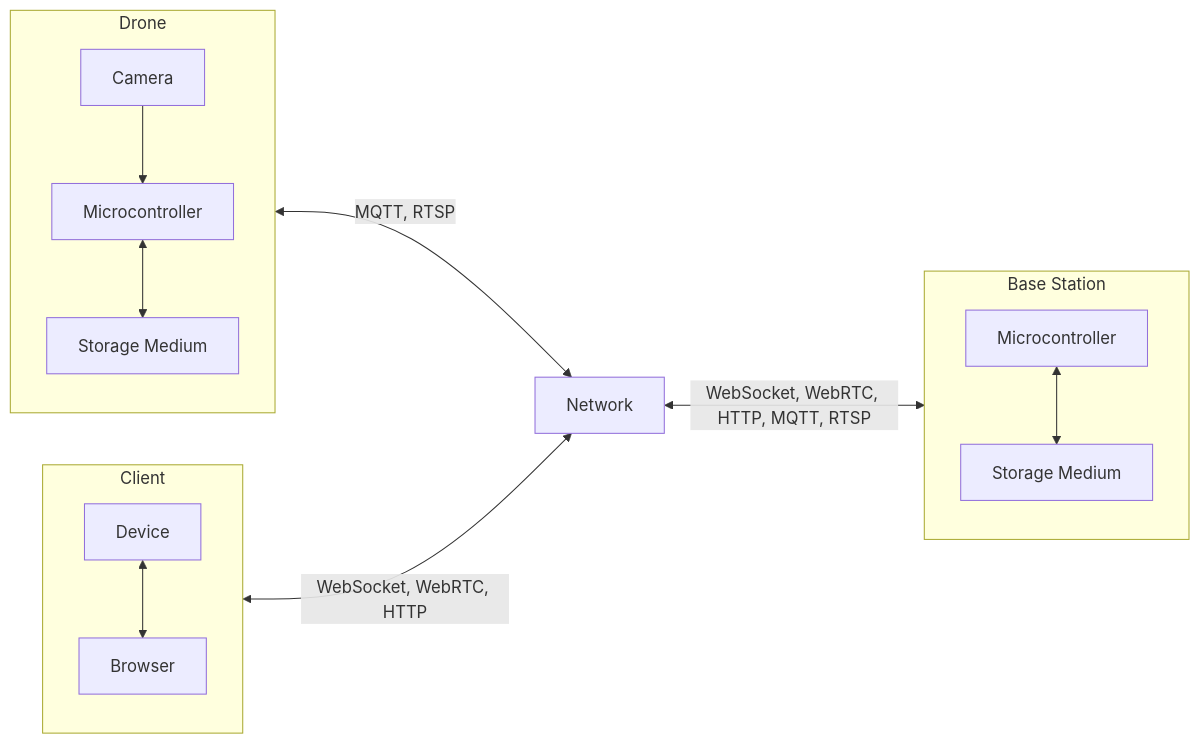
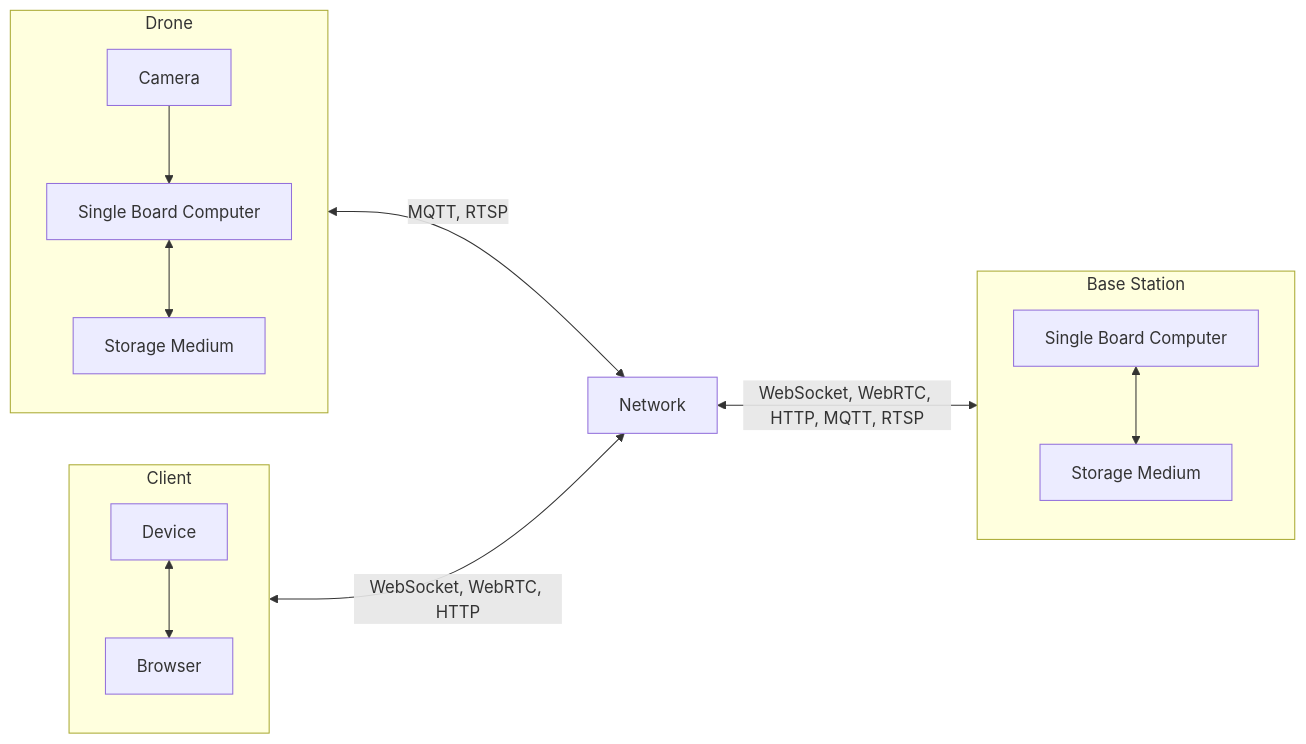
The diagram in PROJECT_PLAN.md (levinuncu/integrated), drawn with Mermaid before and after one commit. The commit also changed other lines of this file, not shown here.

````diff
--- a/PROJECT_PLAN.md
+++ b/PROJECT_PLAN.md
@@ -61,21 +61,21 @@
 ```mermaid
 flowchart LR
     network[Network]
 
     subgraph client[Client]
         ClientDevice[Device] <--> ClientBrowser[Browser]
     end
 
     subgraph base[Base Station]
-        BaseMicro[Microcontroller] <--> BaseSpeicher[Storage Medium]
+        BaseMicro[Single Board Computer] <--> BaseSpeicher[Storage Medium]
     end
 
     subgraph drone[Drone]
-        DroneMicro[Microcontroller] <--> DroneSpeicher[Storage Medium]
-        DroneCamera[Camera] --> DroneMicro[Microcontroller]
+        DroneMicro[Single Board Computer] <--> DroneSpeicher[Storage Medium]
+        DroneCamera[Camera] --> DroneMicro[Single Board Computer]
     end
 
     drone <-- MQTT, RTSP --> network
     network <-- WebSocket, WebRTC, HTTP, MQTT, RTSP --> base
     client <-- WebSocket, WebRTC, HTTP --> network
 ```
````
